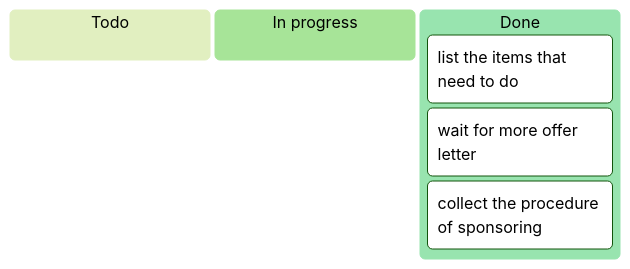
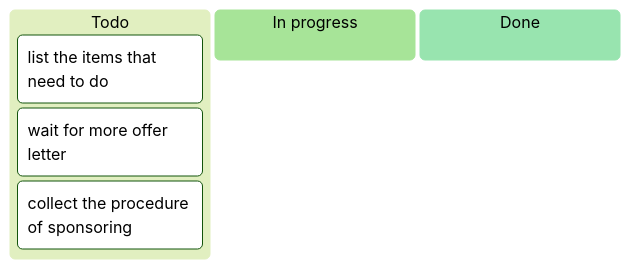
One commit to zarintasminannur-blip/Preparation-to-Higher-study changed the diagram in Tracking to fly.md. Above: the diagram before and after it, drawn with Mermaid (forest theme). The commit also changed other lines of this file, not shown here.

````diff
--- a/Tracking to fly.md
+++ b/Tracking to fly.md
@@ -3,9 +3,9 @@
 ```mermaid
 kanban
   Column1[Todo]
-  Column2[In progress]
-  Column3[Done]
     task1[list the items that need to do]
     task2[wait for more offer letter]
     task3[collect the procedure of sponsoring]
+  Column2[In progress]
+  Column3[Done]
  ```
````
